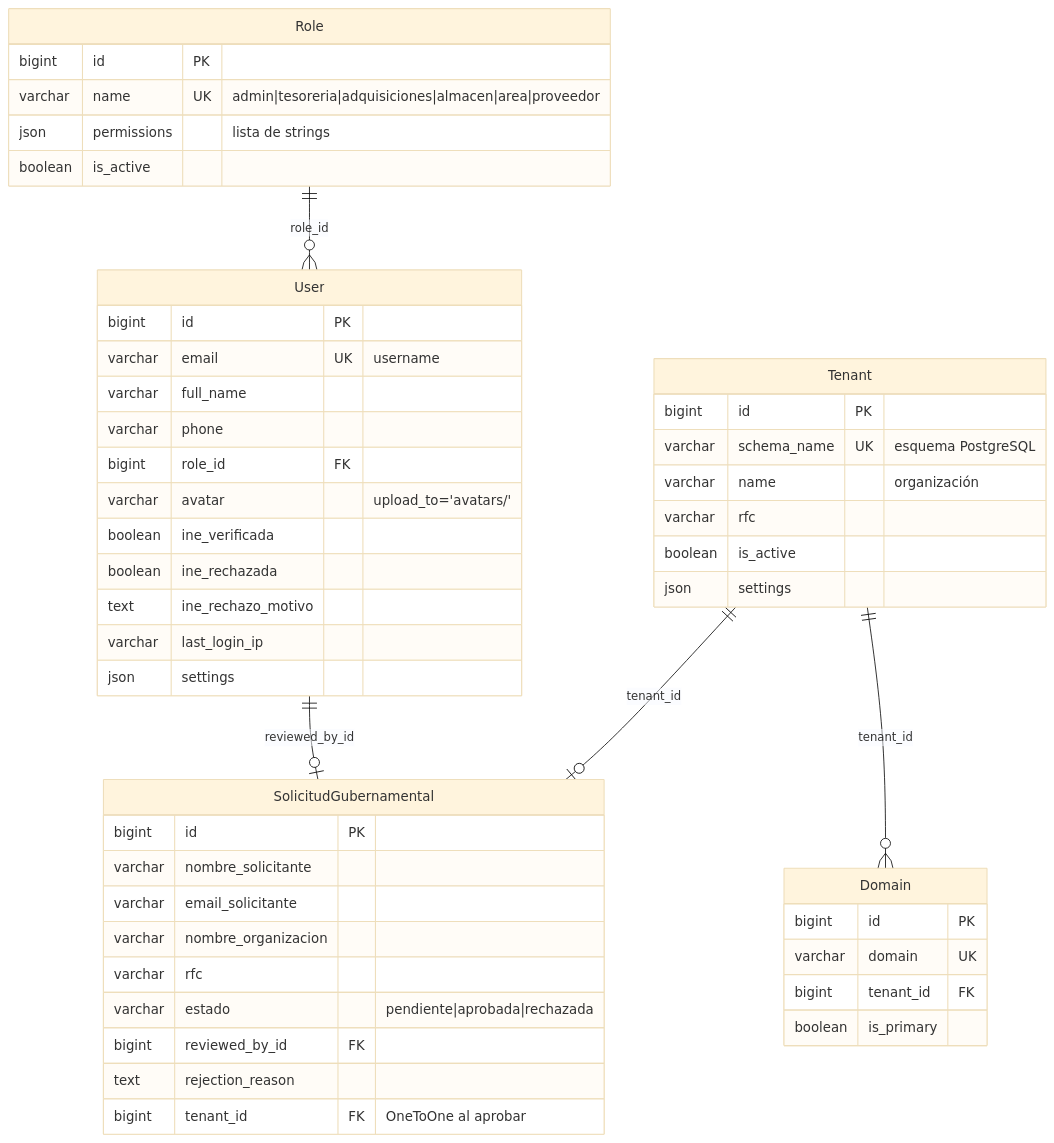
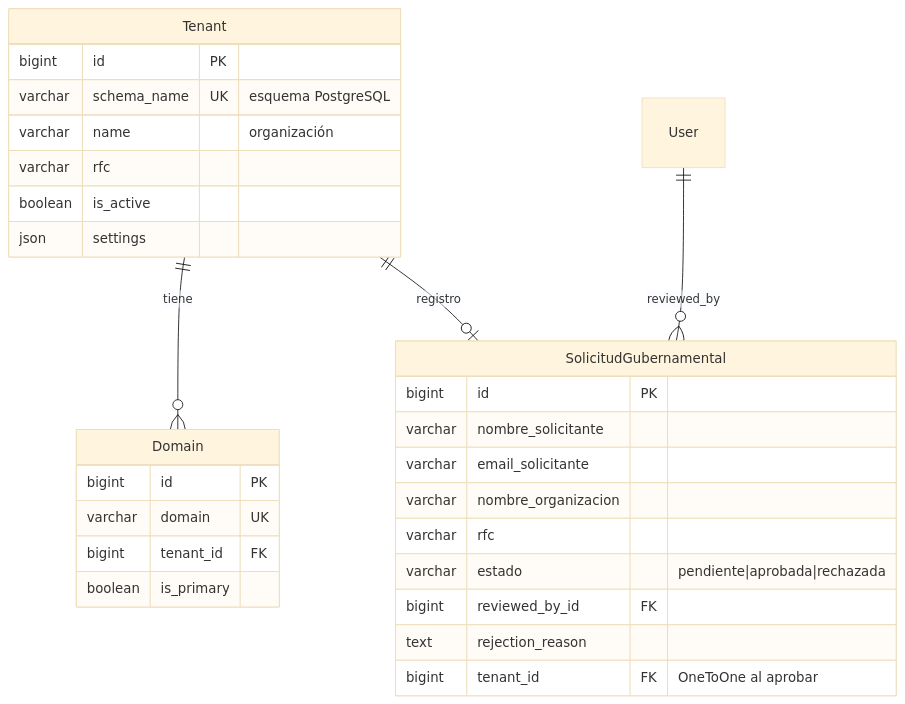
The first of 12 diagrams in docs/DATABASE.md (AsahioO/Gastos_Distribuidosv2), drawn with Mermaid (base theme) before and after one commit. The commit also changed other lines of this file and 1 other file, not shown here.

First line of the commit message:
Add architecture diagrams for Gastos Distribuidos v2

````diff
--- a/docs/DATABASE.md
+++ b/docs/DATABASE.md
@@ -168,56 +56,34 @@
 ```mermaid
 erDiagram
-    Role ||--o{ User : "role_id"
-    Tenant ||--o{ Domain : "tenant_id"
-    Tenant ||--o| SolicitudGubernamental : "tenant_id"
-    User ||--o| SolicitudGubernamental : "reviewed_by_id"
-
-    Role {
-        bigint id PK
-        varchar name UK "admin|tesoreria|adquisiciones|almacen|area|proveedor"
-        json permissions "lista de strings"
-        boolean is_active
-    }
-
-    User {
-        bigint id PK
-        varchar email UK "username"
-        varchar full_name
-        varchar phone
-        bigint role_id FK
-        varchar avatar "upload_to='avatars/'"
-        boolean ine_verificada
-        boolean ine_rechazada
-        text ine_rechazo_motivo
-        varchar last_login_ip
-        json settings
-    }
+    Tenant ||--o{ Domain : "tiene"
+    Tenant ||--o| SolicitudGubernamental : "registro"
+    User ||--o{ SolicitudGubernamental : "reviewed_by"
 
     Tenant {
         bigint id PK
         varchar schema_name UK "esquema PostgreSQL"
         varchar name "organización"
         varchar rfc
         boolean is_active
         json settings
     }
 
     Domain {
         bigint id PK
         varchar domain UK
         bigint tenant_id FK
         boolean is_primary
     }
 
     SolicitudGubernamental {
         bigint id PK
         varchar nombre_solicitante
         varchar email_solicitante
         varchar nombre_organizacion
         varchar rfc
         varchar estado "pendiente|aprobada|rechazada"
         bigint reviewed_by_id FK
         text rejection_reason
         bigint tenant_id FK "OneToOne al aprobar"
     }
 ```
````
